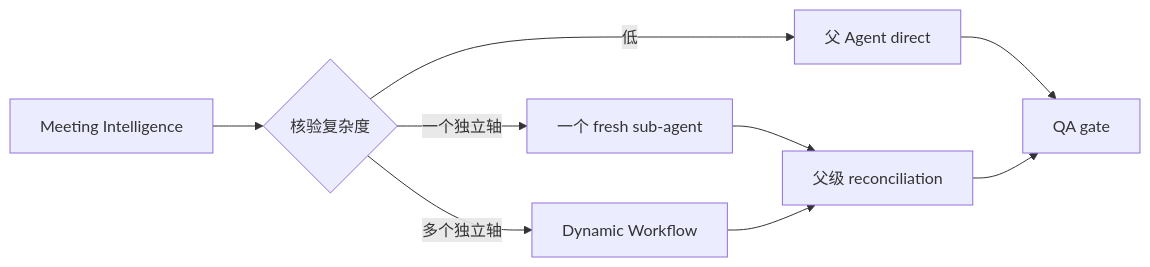
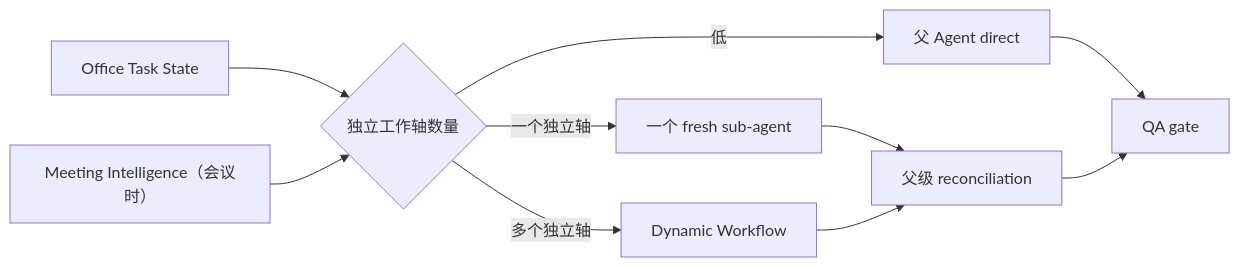
Before and after one commit to DESONGs/assignment-agent: the diagram in wiki/06-agent-team-index.md, drawn with Mermaid. The commit also changed other lines of this file and 33 other files, not shown here.

Commit message:
feat: evolve meeting agent into office agent

````diff
--- a/wiki/06-agent-team-index.md
+++ b/wiki/06-agent-team-index.md
@@ -21,11 +23,12 @@
 ```mermaid
 flowchart LR
-    MI["Meeting Intelligence"] --> C{"核验复杂度"}
+    TS["Office Task State"] --> C{"独立工作轴数量"}
+    MI["Meeting Intelligence（会议时）"] --> C
     C -->|低| D["父 Agent direct"]
     C -->|一个独立轴| S["一个 fresh sub-agent"]
     C -->|多个独立轴| W["Dynamic Workflow"]
     S --> R["父级 reconciliation"]
     W --> R
     D --> Q["QA gate"]
     R --> Q
 ```
````
